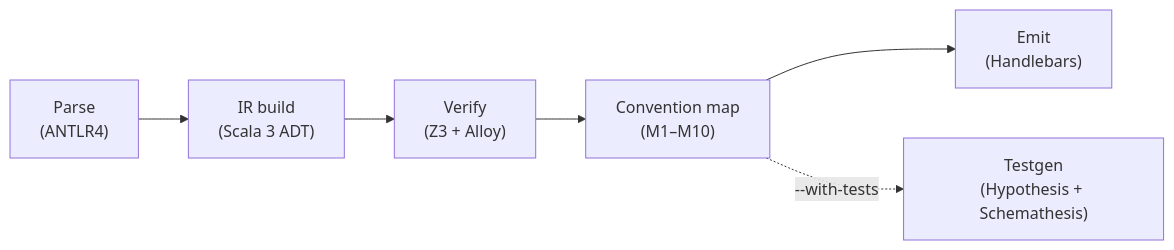
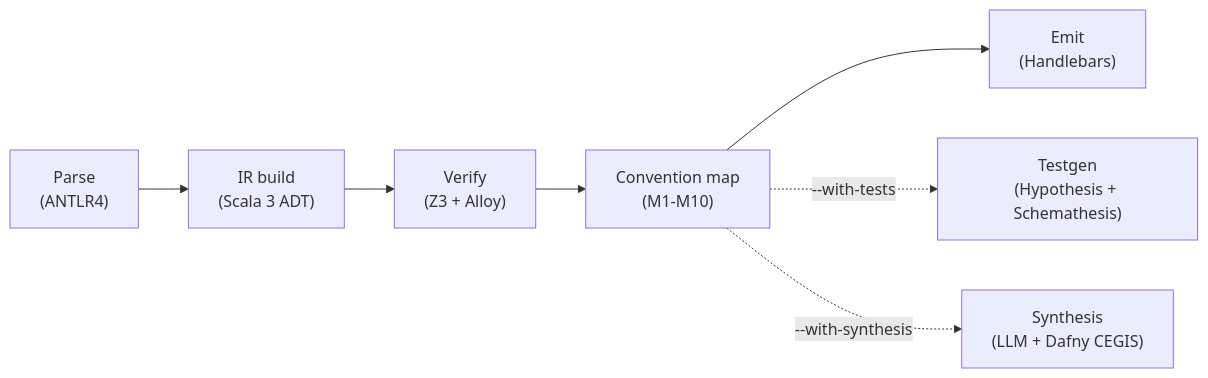
Before and after one commit to HardMax71/spec_to_rest: the diagram in docs/content/docs/design/architecture.mdx, drawn with Mermaid. The commit also changed other lines of this file and 42 other files, not shown here.

````diff
--- a/docs/content/docs/design/architecture.mdx
+++ b/docs/content/docs/design/architecture.mdx
@@ -44,8 +48,9 @@
 ```mermaid
 flowchart LR
   Parse["Parse<br/>(ANTLR4)"] --> Build["IR build<br/>(Scala 3 ADT)"]
   Build --> Verify["Verify<br/>(Z3 + Alloy)"]
-  Verify --> Map["Convention map<br/>(M1–M10)"]
+  Verify --> Map["Convention map<br/>(M1-M10)"]
   Map --> Emit["Emit<br/>(Handlebars)"]
   Map -.->|--with-tests| Tests["Testgen<br/>(Hypothesis + Schemathesis)"]
+  Map -.->|--with-synthesis| Synth["Synthesis<br/>(LLM + Dafny CEGIS)"]
 ```
````
